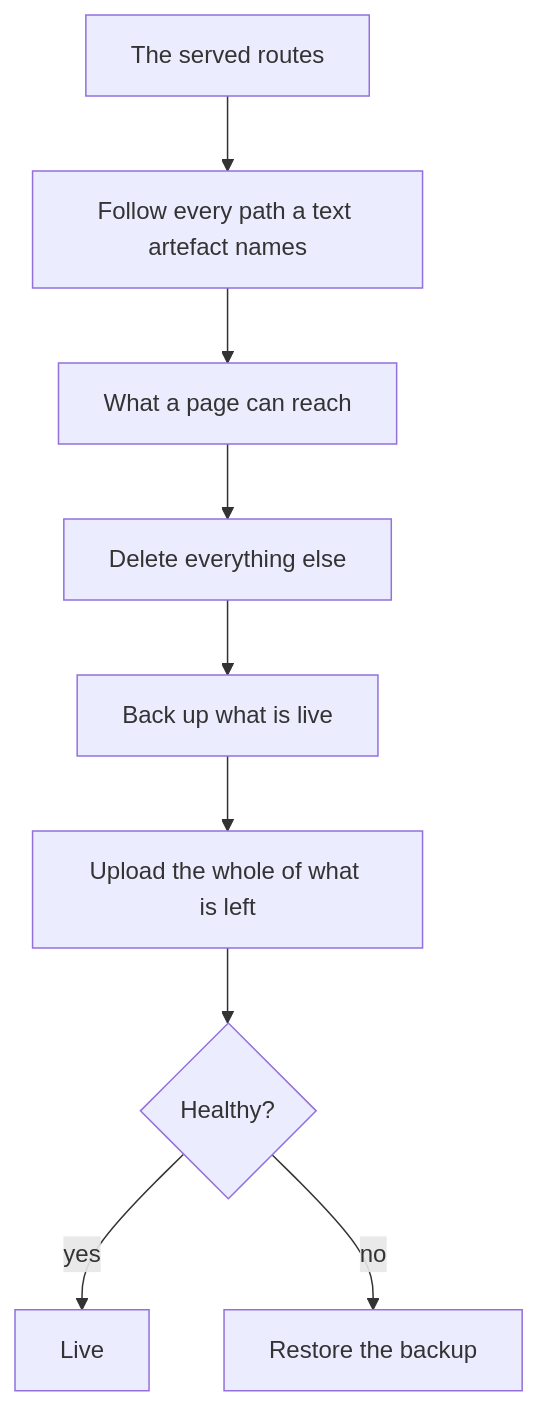
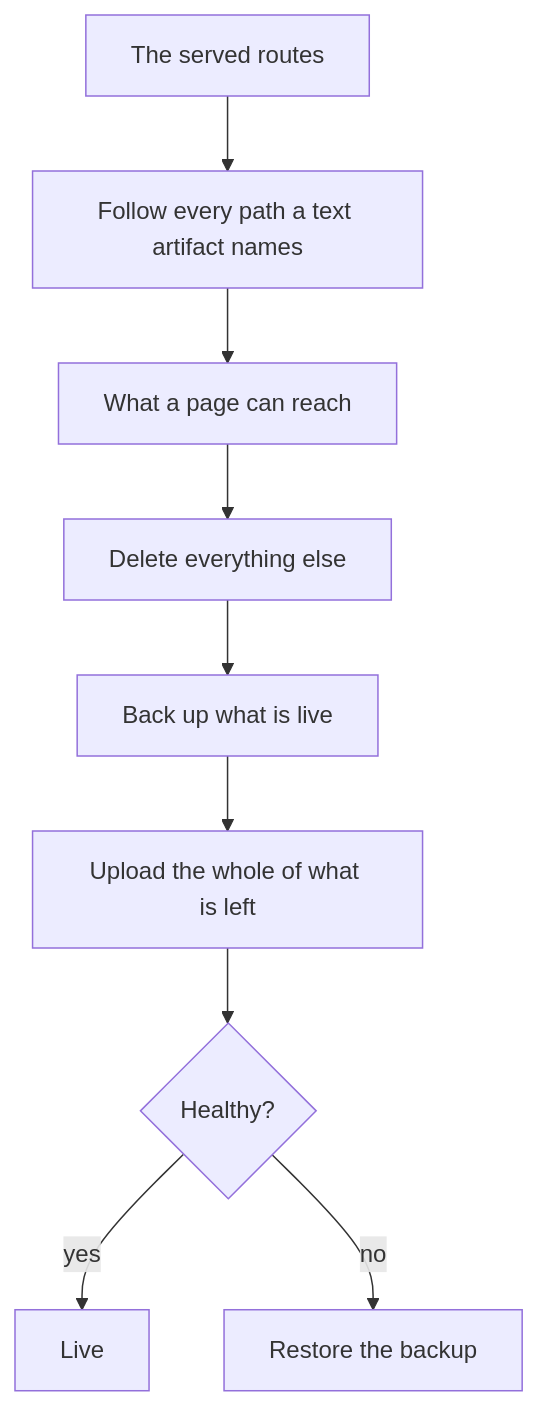
Before and after one commit to Varietyz/Disciplined-AI-Software-Development: the fourth of 5 diagrams in SHIP.md, drawn with Mermaid. The commit also changed other lines of this file and 672 other files, not shown here.

````diff
--- a/SHIP.md
+++ b/SHIP.md
@@ -155,15 +155,15 @@
 ```mermaid
 flowchart TB
 routes["The served routes"]
-follow["Follow every path a text artefact names"]
+follow["Follow every path a text artifact names"]
 reached["What a page can reach"]
 prune["Delete everything else"]
 backup["Back up what is live"]
 upload["Upload the whole of what is left"]
 check{"Healthy?"}
 done["Live"]
 restore["Restore the backup"]
 routes --> follow --> reached --> prune --> backup --> upload --> check
 check -- yes --> done
 check -- no --> restore
 ```
````
